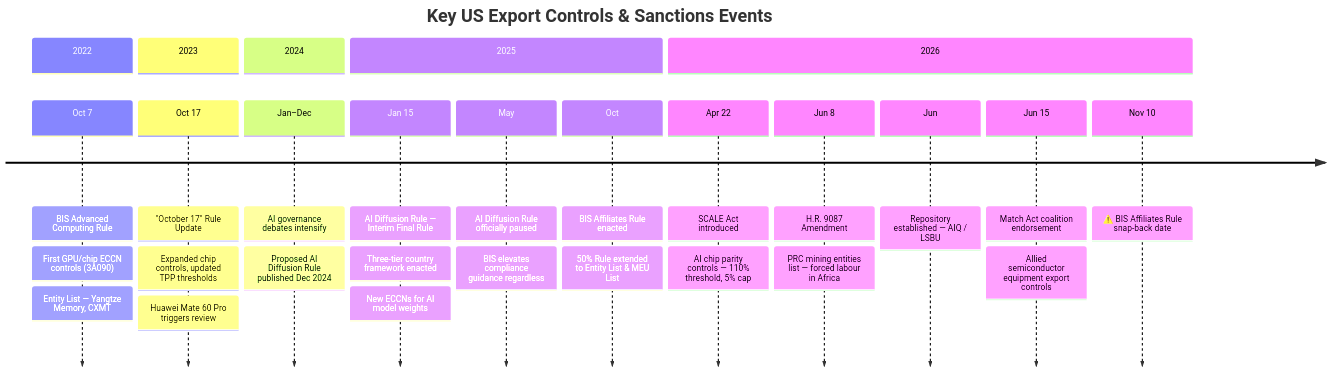
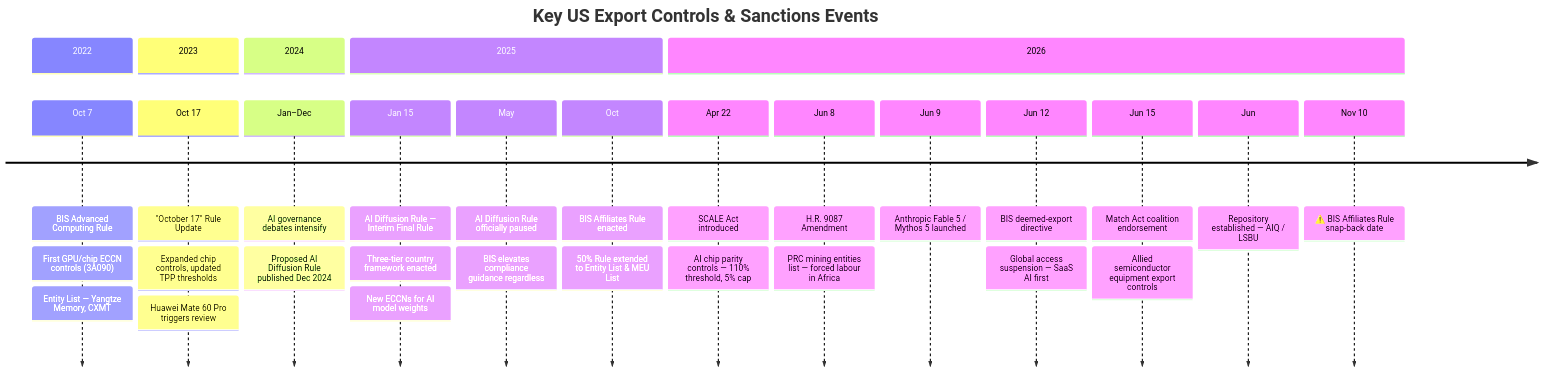
The first of 5 diagrams in docs/visuals.md (felipelago17/Sanctions-and-Export-Controls-AI-and-Oil), drawn with Mermaid before and after one commit. The commit also changed 5 other files, not shown here.

First line of the commit message:
feat(cases): BIS deemed-export directive — Anthropic Fable 5 / Mythos 5 (Jun 2026)

````diff
--- a/docs/visuals.md
+++ b/docs/visuals.md
@@ -9,32 +9,35 @@
 ```mermaid
 timeline
     title Key US Export Controls & Sanctions Events
     section 2022
         Oct 7 : BIS Advanced Computing Rule
               : First GPU/chip ECCN controls (3A090)
               : Entity List — Yangtze Memory, CXMT
     section 2023
         Oct 17 : "October 17" Rule Update
                : Expanded chip controls, updated TPP thresholds
                : Huawei Mate 60 Pro triggers review
     section 2024
         Jan–Dec : AI governance debates intensify
                 : Proposed AI Diffusion Rule published Dec 2024
     section 2025
         Jan 15 : AI Diffusion Rule — Interim Final Rule
                : Three-tier country framework enacted
                : New ECCNs for AI model weights
         May    : AI Diffusion Rule officially paused
                : BIS elevates compliance guidance regardless
         Oct    : BIS Affiliates Rule enacted
                : 50% Rule extended to Entity List & MEU List
     section 2026
         Apr 22 : SCALE Act introduced
                : AI chip parity controls — 110% threshold, 5% cap
         Jun 8  : H.R. 9087 Amendment
                : PRC mining entities list — forced labour in Africa
-        Jun    : Repository established — AIQ / LSBU
+        Jun 9  : Anthropic Fable 5 / Mythos 5 launched
+        Jun 12 : BIS deemed-export directive
+               : Global access suspension — SaaS AI first
         Jun 15 : Match Act coalition endorsement
                : Allied semiconductor equipment export controls
+        Jun    : Repository established — AIQ / LSBU
         Nov 10 : ⚠️ BIS Affiliates Rule snap-back date
 ```
````
